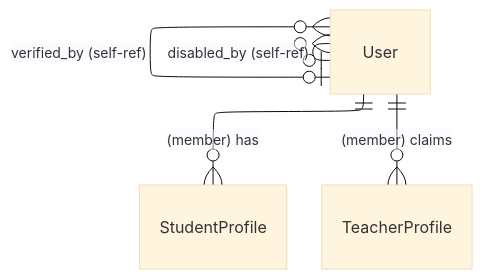
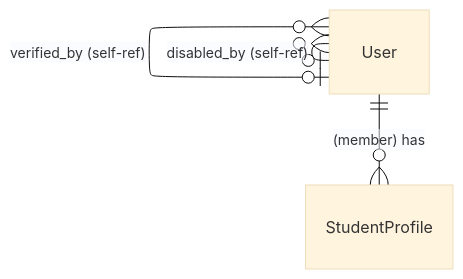
The second of 3 diagrams in docs/engineering/data-model.md (lucasidev/plan-b), drawn with Mermaid (base theme) before and after one commit. The commit also changed other lines of this file and 31 other files, not shown here.

First line of the commit message:
chore(identity): TeacherProfile goes with the claim it modelled

````diff
--- a/docs/engineering/data-model.md
+++ b/docs/engineering/data-model.md
@@ -63,11 +61,10 @@
 ```mermaid
 ---
 config:
     layout: elk
 ---
 erDiagram
     User ||--o{ StudentProfile : "(member) has"
-    User ||--o{ TeacherProfile : "(member) claims"
     User }o--o| User : "disabled_by (self-ref)"
     User }o--o| User : "verified_by (self-ref)"
 ```
````
